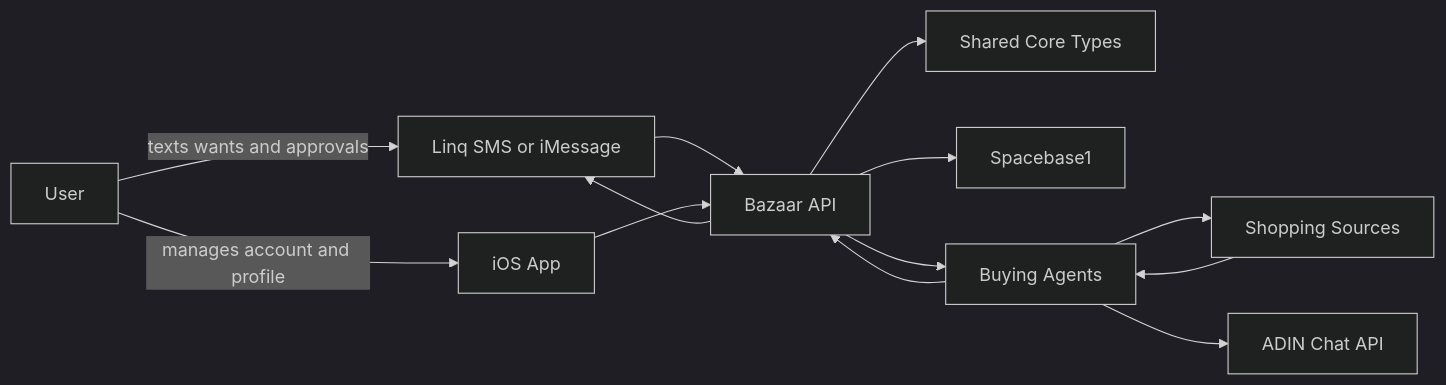
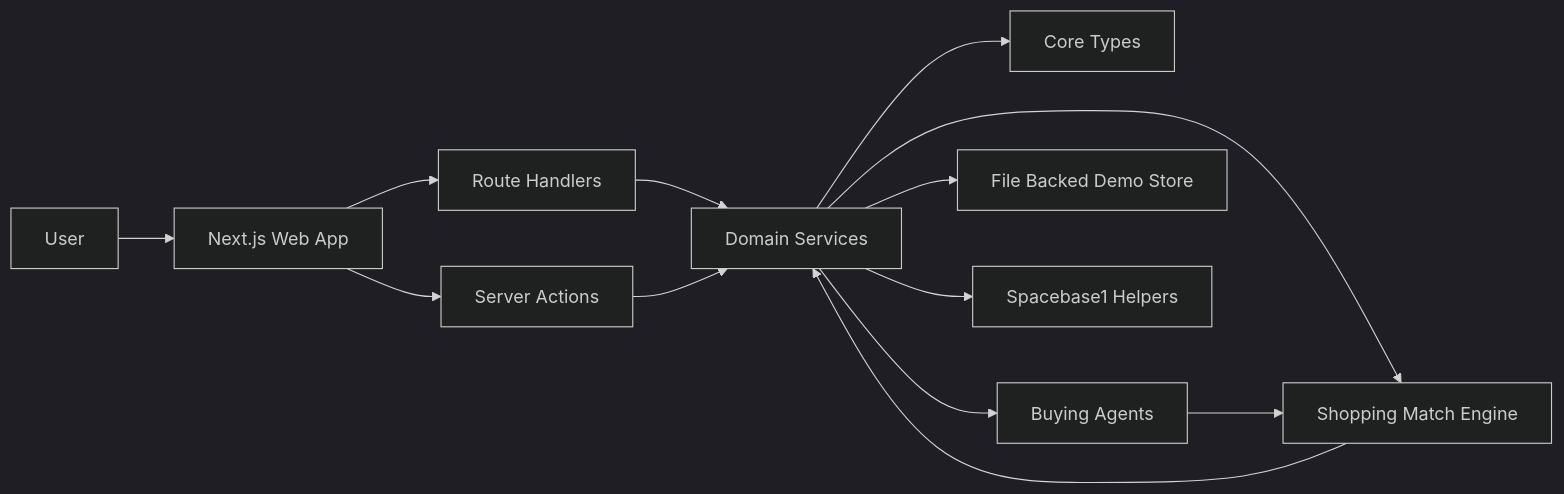
One commit to openlawteam/bazaar changed the diagram in docs/architecture.md. Above: the diagram before and after it, drawn with Mermaid (dark theme). The commit also changed other lines of this file and 137 other files, not shown here.

Commit message:
Flatten Bazaar into Next.js web app

````diff
--- a/docs/architecture.md
+++ b/docs/architecture.md
@@ -5,15 +5,15 @@
 ```mermaid
 flowchart LR
-  User[User] -->|texts wants and approvals| Linq[Linq SMS or iMessage]
-  User -->|manages account and profile| IOS[iOS App]
-  Linq --> API[Bazaar API]
-  IOS --> API
-  API --> Core[Shared Core Types]
-  API --> Spacebase[Spacebase1]
-  API --> Agents[Buying Agents]
-  Agents --> Shopping[Shopping Sources]
-  Agents --> Adin[ADIN Chat API]
-  Shopping --> Agents
-  Agents --> API
-  API --> Linq
+  User[User] --> Web[Next.js Web App]
+  Web --> Routes[Route Handlers]
+  Web --> ServerActions[Server Actions]
+  Routes --> Domain[Domain Services]
+  ServerActions --> Domain
+  Domain --> Core[Core Types]
+  Domain --> Agents[Buying Agents]
+  Domain --> Shopping[Shopping Match Engine]
+  Domain --> Store[File Backed Demo Store]
+  Domain --> Spacebase[Spacebase1 Helpers]
+  Agents --> Shopping
+  Shopping --> Domain
 ```
````
